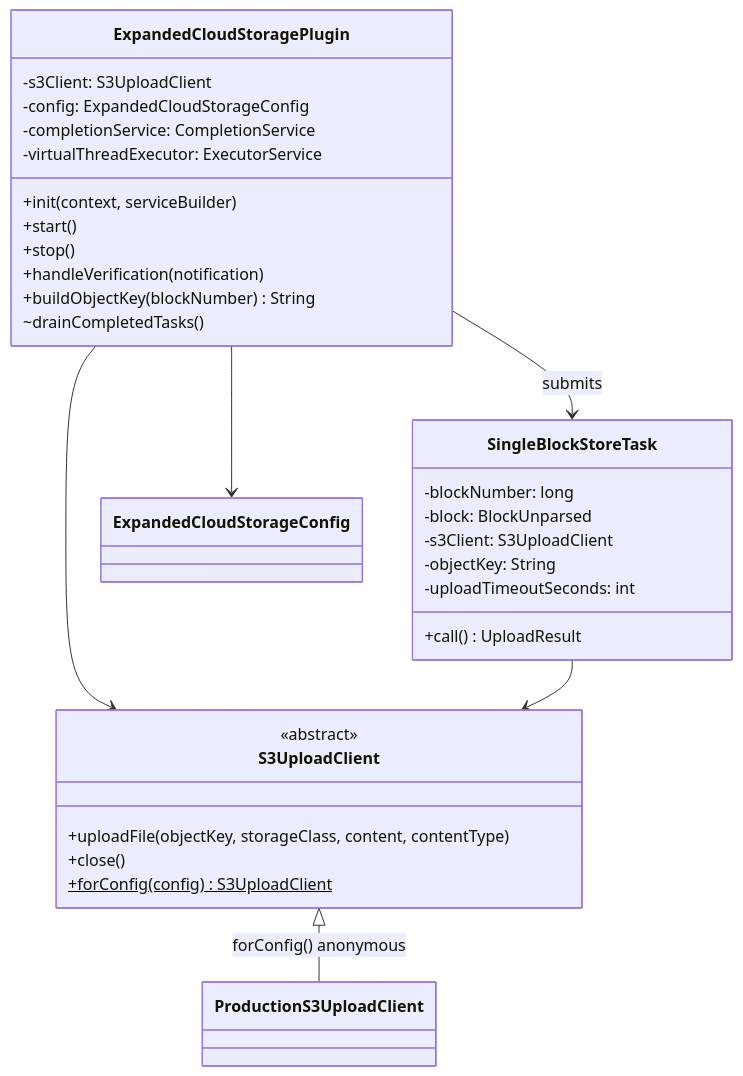
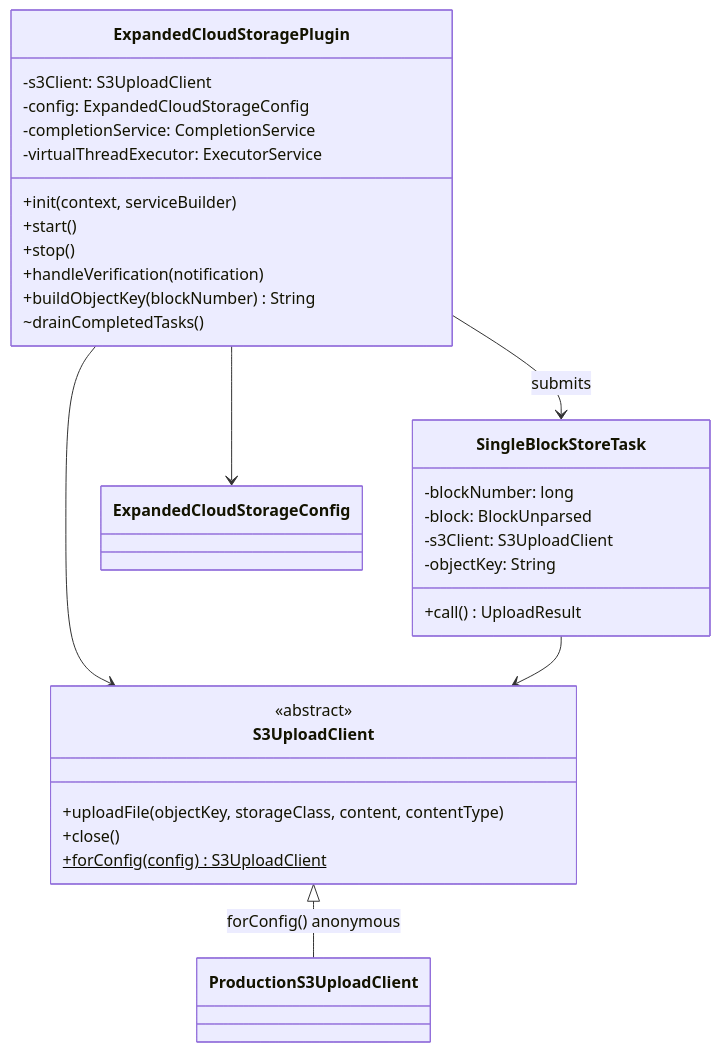
One commit to hiero-ledger/hiero-block-node changed the second of 2 diagrams in docs/design/persistence/expanded-cloud-storage.md. Above: the diagram before and after it, drawn with Mermaid. The commit also changed other lines of this file, not shown here.

````diff
--- a/docs/design/persistence/expanded-cloud-storage.md
+++ b/docs/design/persistence/expanded-cloud-storage.md
@@ -208,34 +205,33 @@
 ```mermaid
 classDiagram
     class S3UploadClient {
         <<abstract>>
         +uploadFile(objectKey, storageClass, content, contentType)
         +close()
         +forConfig(config)$ S3UploadClient
     }
     class ExpandedCloudStoragePlugin {
         -s3Client: S3UploadClient
         -config: ExpandedCloudStorageConfig
         -completionService: CompletionService
         -virtualThreadExecutor: ExecutorService
         +init(context, serviceBuilder)
         +start()
         +stop()
         +handleVerification(notification)
         +buildObjectKey(blockNumber) String
         ~drainCompletedTasks()
     }
     class SingleBlockStoreTask {
         -blockNumber: long
         -block: BlockUnparsed
         -s3Client: S3UploadClient
         -objectKey: String
-        -uploadTimeoutSeconds: int
         +call() UploadResult
     }
     S3UploadClient <|-- ProductionS3UploadClient : forConfig() anonymous
     ExpandedCloudStoragePlugin --> S3UploadClient
     ExpandedCloudStoragePlugin --> SingleBlockStoreTask : submits
     SingleBlockStoreTask --> S3UploadClient
     ExpandedCloudStoragePlugin --> ExpandedCloudStorageConfig
 ```
````
